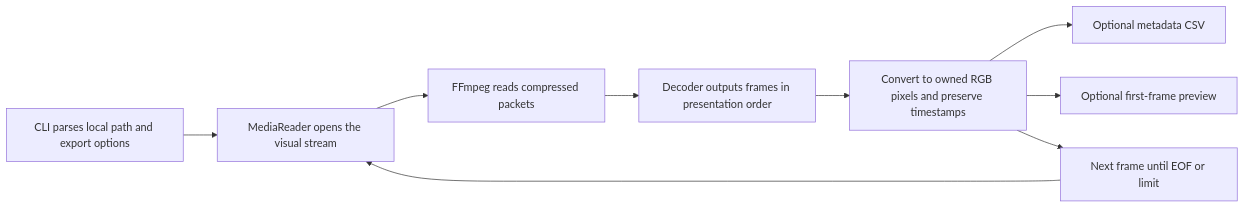
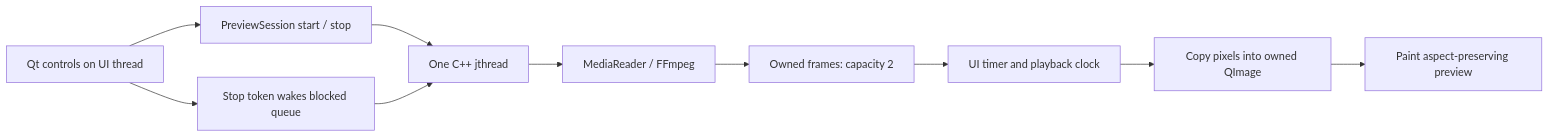
One commit to MogProgJ/FrameTrail changed the diagram in docs/DEVELOPMENT.md. Above: the diagram before and after it, drawn with Mermaid. The commit also changed other lines of this file and 19 other files, not shown here.

Commit message:
Add native desktop media preview with cancellable decoding

````diff
--- a/docs/DEVELOPMENT.md
+++ b/docs/DEVELOPMENT.md
@@ -75,11 +100,12 @@
 ```mermaid
 flowchart LR
-    CLI[CLI parses local path and export options] --> READER[MediaReader opens the visual stream]
-    READER --> PACKETS[FFmpeg reads compressed packets]
-    PACKETS --> DECODE[Decoder outputs frames in presentation order]
-    DECODE --> RGB[Convert to owned RGB pixels and preserve timestamps]
-    RGB --> CSV[Optional metadata CSV]
-    RGB --> PPM[Optional first-frame preview]
-    RGB --> NEXT[Next frame until EOF or limit]
-    NEXT --> READER
+    UI[Qt controls on UI thread] --> SESSION[PreviewSession start / stop]
+    SESSION --> WORKER[One C++ jthread]
+    WORKER --> READER[MediaReader / FFmpeg]
+    READER --> QUEUE[Owned frames: capacity 2]
+    QUEUE --> TIMER[UI timer and playback clock]
+    TIMER --> IMAGE[Copy pixels into owned QImage]
+    IMAGE --> CANVAS[Paint aspect-preserving preview]
+    UI --> CANCEL[Stop token wakes blocked queue]
+    CANCEL --> WORKER
 ```
````
